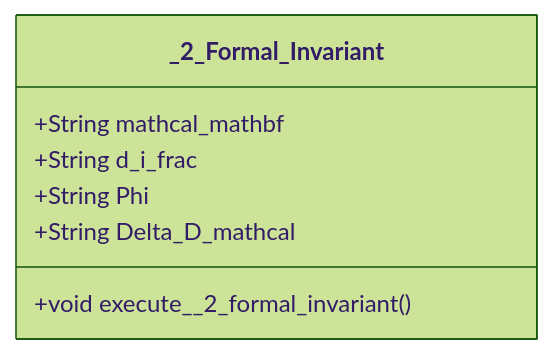
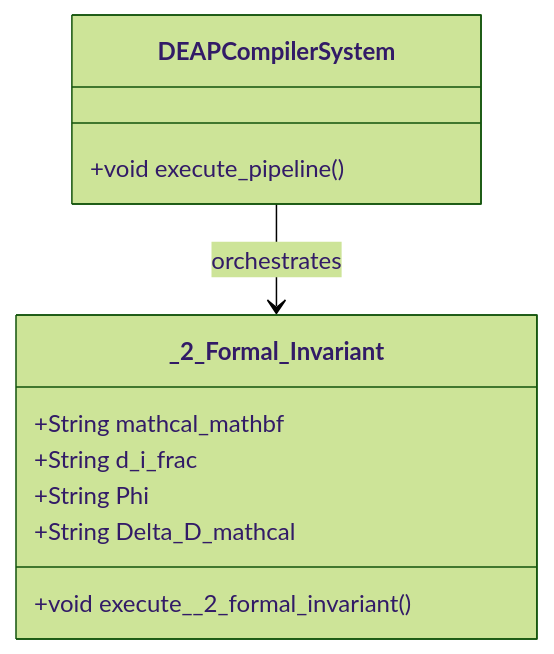
One commit to gintatkinson/dumpiler-01 changed the diagram in docs/features/FEAT-28-_2_Formal_Invariant.md. Above: the diagram before and after it, drawn with Mermaid (forest theme). The commit also changed other lines of this file and 90 other files, not shown here.

````diff
--- a/docs/features/FEAT-28-_2_Formal_Invariant.md
+++ b/docs/features/FEAT-28-_2_Formal_Invariant.md
@@ -25,10 +25,14 @@
 ```mermaid
 classDiagram
+    class DEAPCompilerSystem {
+        +void execute_pipeline()
+    }
     class _2_Formal_Invariant {
         +String mathcal_mathbf
         +String d_i_frac
         +String Phi
         +String Delta_D_mathcal
         +void execute__2_formal_invariant()
     }
+    DEAPCompilerSystem --> _2_Formal_Invariant : orchestrates
 ```
````
